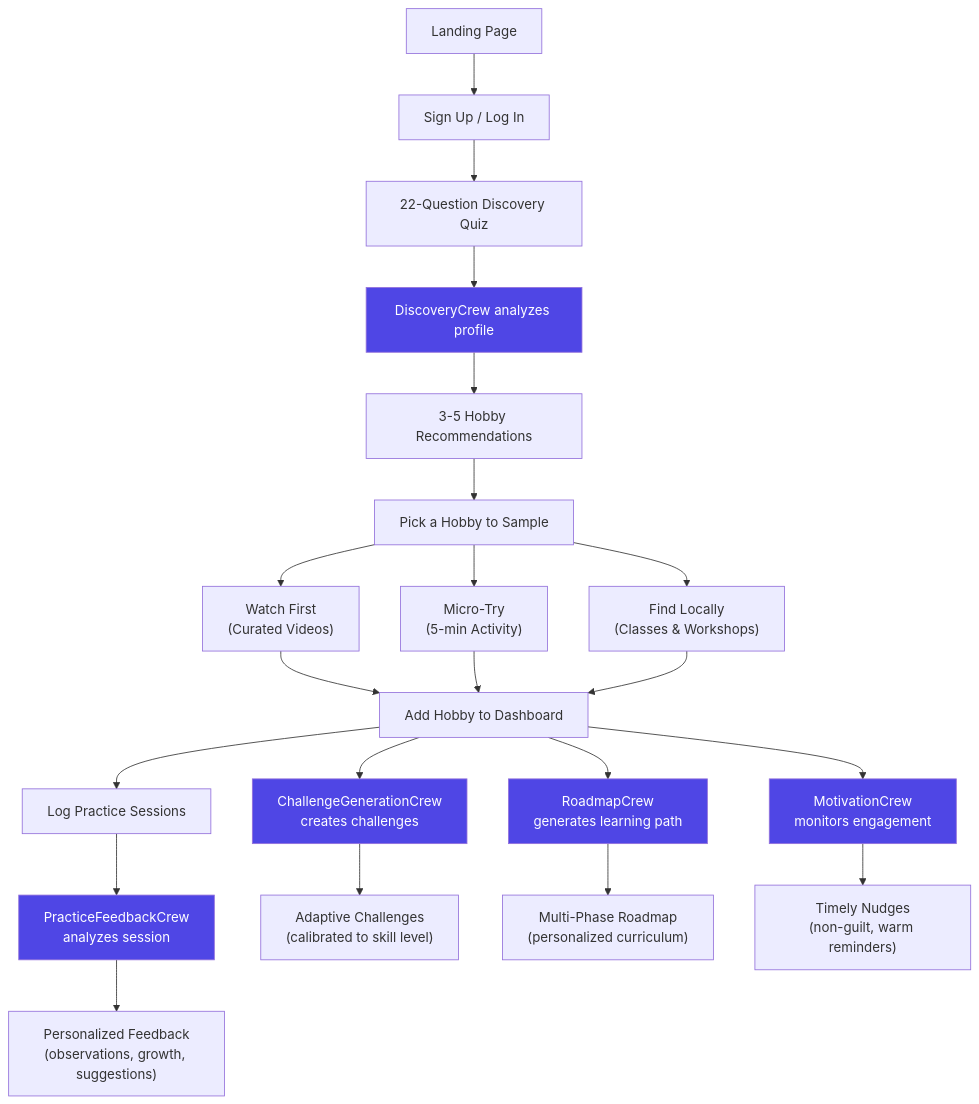
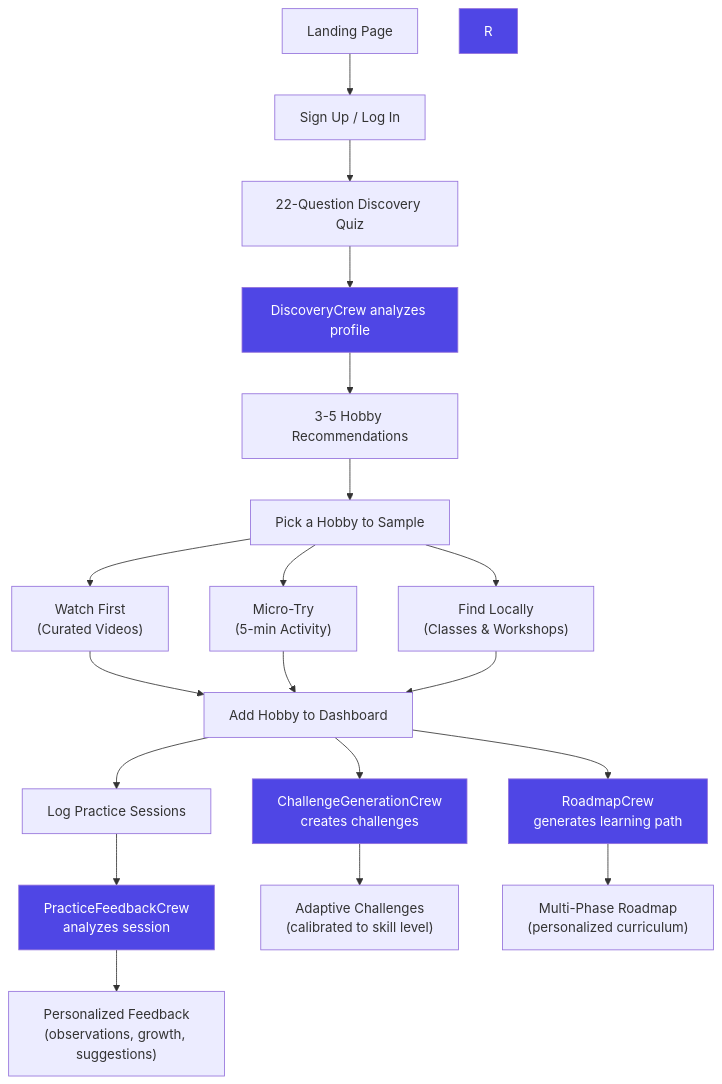
One commit to Hiba-Chaabnia/Meraki changed the first of 6 diagrams in README.md. Above: the diagram before and after it, drawn with Mermaid. The commit also changed other lines of this file and 12 other files, not shown here.

Commit message:
refactor(nudge): derive nudges from a rules table instead of a crew

````diff
--- a/README.md
+++ b/README.md
@@ -25,35 +25,33 @@
 ```mermaid
 flowchart TD
     A["Landing Page"] --> B["Sign Up / Log In"]
     B --> C["22-Question Discovery Quiz"]
     C --> D["DiscoveryCrew analyzes profile"]
     D --> E["3-5 Hobby Recommendations"]
     E --> F["Pick a Hobby to Sample"]
 
     F --> G["Watch First\n(Curated Videos)"]
     F --> H["Micro-Try\n(5-min Activity)"]
     F --> I["Find Locally\n(Classes & Workshops)"]
 
     G --> J["Add Hobby to Dashboard"]
     H --> J
     I --> J
 
     J --> K["Log Practice Sessions"]
     K --> L["PracticeFeedbackCrew\nanalyzes session"]
     L --> M["Personalized Feedback\n(observations, growth, suggestions)"]
 
     J --> N["ChallengeGenerationCrew\ncreates challenges"]
     N --> O["Adaptive Challenges\n(calibrated to skill level)"]
 
     J --> P["RoadmapCrew\ngenerates learning path"]
     P --> Q["Multi-Phase Roadmap\n(personalized curriculum)"]
 
-    J --> R["MotivationCrew\nmonitors engagement"]
-    R --> S["Timely Nudges\n(non-guilt, warm reminders)"]
 
     style D fill:#4f46e5,color:#fff
     style L fill:#4f46e5,color:#fff
     style N fill:#4f46e5,color:#fff
     style P fill:#4f46e5,color:#fff
     style R fill:#4f46e5,color:#fff
 ```
````
